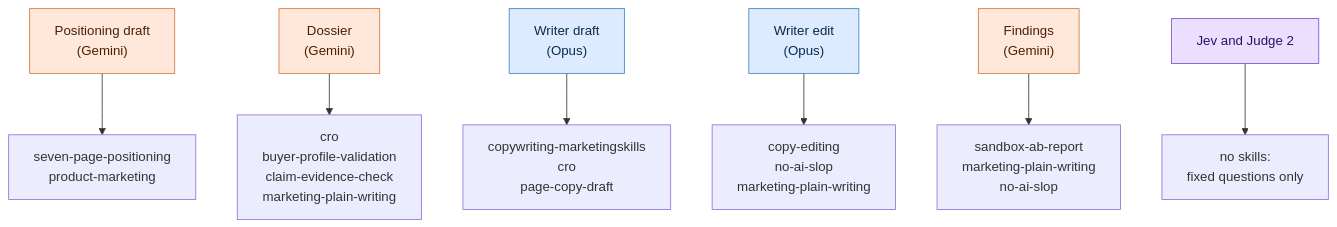
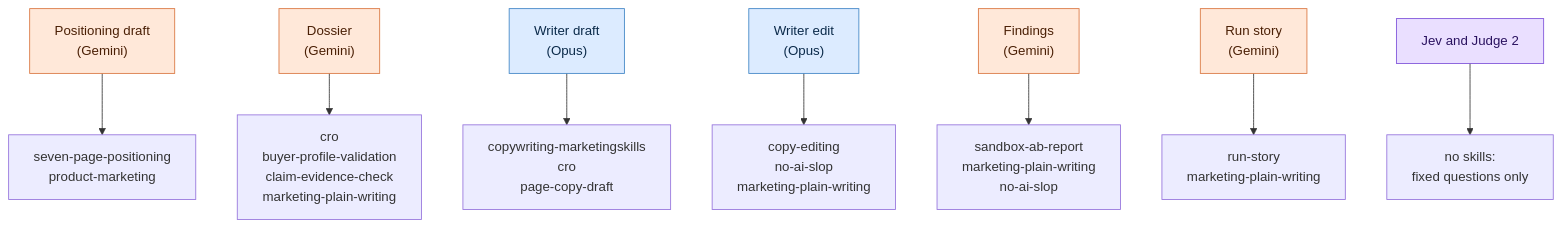
The sixth of 6 diagrams in docs/architecture.md (jtrnjn271994-cloud/sarvam-website-agent), drawn with Mermaid before and after one commit. The commit also changed other lines of this file and 36 other files, not shown here.

First line of the commit message:
Every run shows how it went: exact questions, checked story, diagram

````diff
--- a/docs/architecture.md
+++ b/docs/architecture.md
@@ -310,20 +312,21 @@
 ```mermaid
 flowchart TB
     S1["Positioning draft<br/>(Gemini)"]:::reasoning --> K1["seven-page-positioning<br/>product-marketing"]
     S2["Dossier<br/>(Gemini)"]:::reasoning --> K2["cro<br/>buyer-profile-validation<br/>claim-evidence-check<br/>marketing-plain-writing"]
     S3["Writer draft<br/>(Opus)"]:::writer --> K3["copywriting-marketingskills<br/>cro<br/>page-copy-draft"]
     S4["Writer edit<br/>(Opus)"]:::writer --> K4["copy-editing<br/>no-ai-slop<br/>marketing-plain-writing"]
     S5["Findings<br/>(Gemini)"]:::reasoning --> K5["sandbox-ab-report<br/>marketing-plain-writing<br/>no-ai-slop"]
-    S6["Jev and Judge 2"]:::jev --> K6["no skills:<br/>fixed questions only"]
+    S6["Run story<br/>(Gemini)"]:::reasoning --> K6["run-story<br/>marketing-plain-writing"]
+    S7["Jev and Judge 2"]:::jev --> K7["no skills:<br/>fixed questions only"]
     classDef person fill:#FFF4D6,stroke:#C9A227,color:#3b2f00
     classDef rules fill:#EEF0F3,stroke:#8A94A3,color:#1f2933
     classDef writer fill:#DCEBFF,stroke:#3B82C4,color:#0b2a4a
     classDef reasoning fill:#FFE8D9,stroke:#D9733B,color:#4a1f05
     classDef jev fill:#EADFFF,stroke:#7A4DD8,color:#2a1260
     classDef stop fill:#FDE2E2,stroke:#D14B4B,color:#5a1010
     classDef gate fill:#EEF0F3,stroke:#4a5568,stroke-width:3px,color:#1f2933
     classDef gate2 fill:#EADFFF,stroke:#7A4DD8,stroke-width:3px,color:#2a1260
     classDef gate3 fill:#FFF4D6,stroke:#C9A227,stroke-width:3px,color:#3b2f00
     classDef judge2 fill:#D9F3EC,stroke:#1E9E80,color:#073b2f
     classDef judge2t fill:#D9F3EC,stroke:#1E9E80,stroke-width:3px,color:#073b2f
 ```
````
